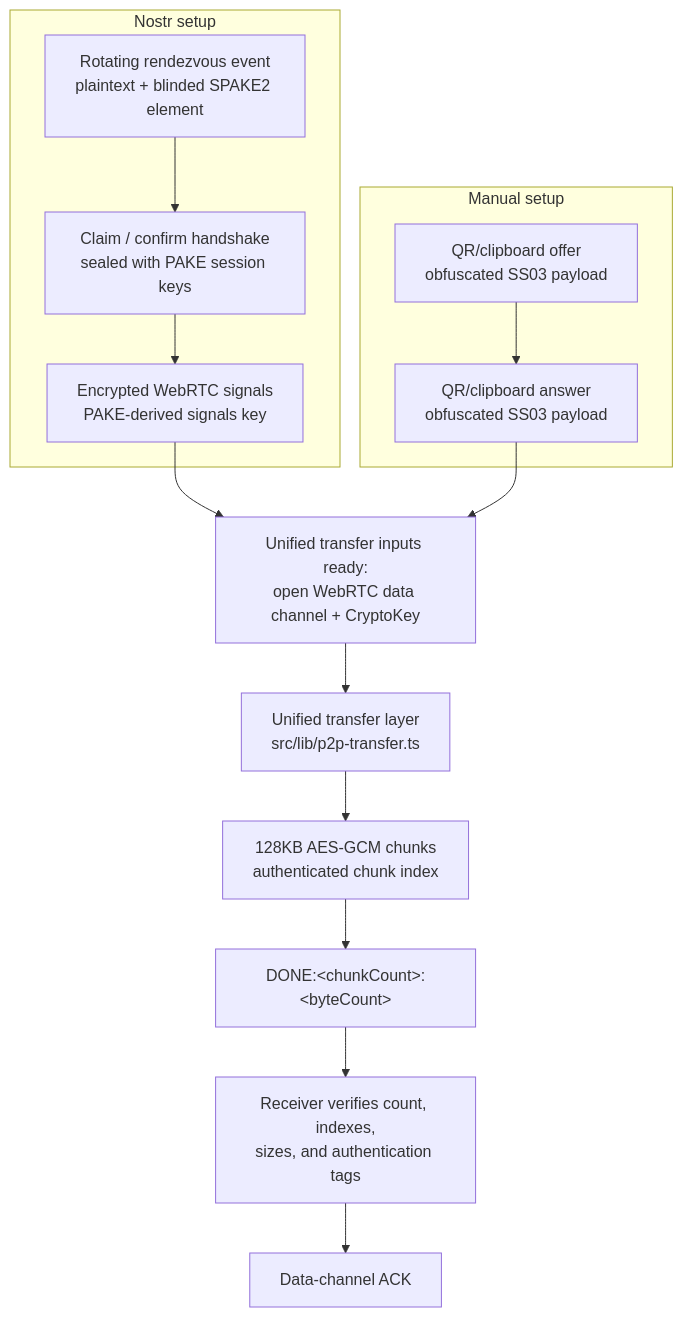
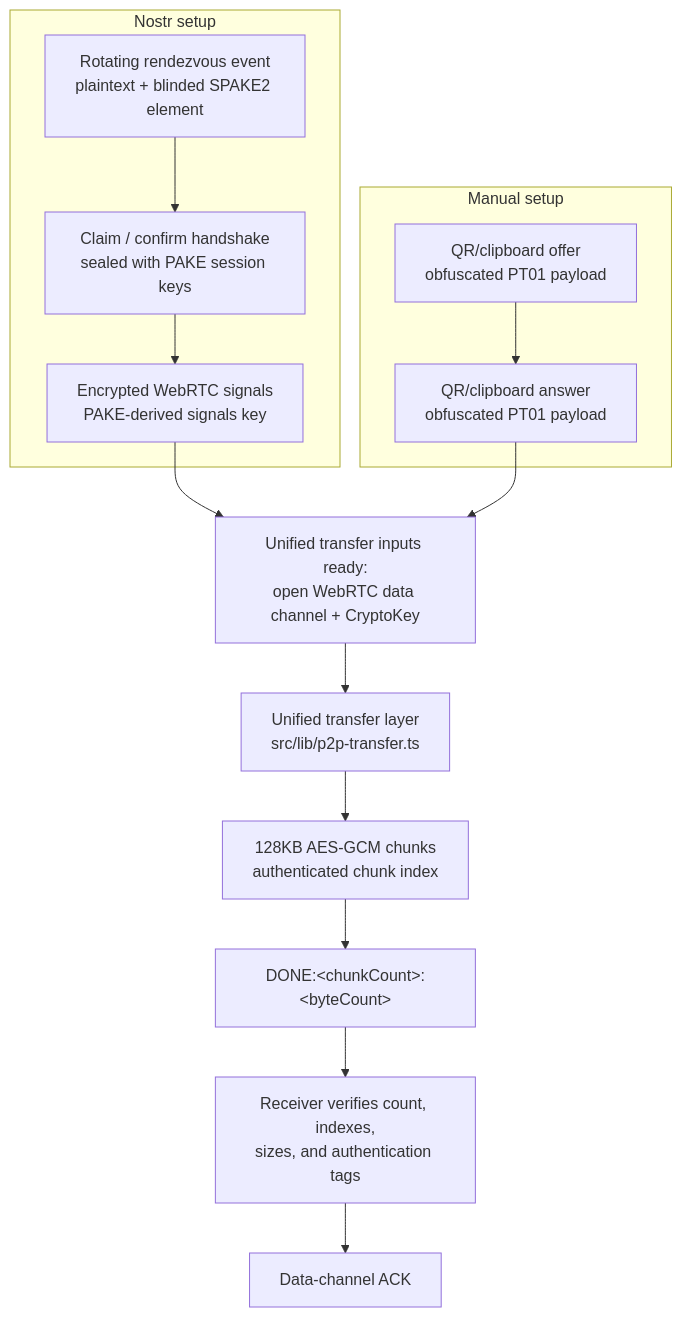
The first of 5 diagrams in docs/ARCHITECTURE.md (andrewtheguy/ptransfer), drawn with Mermaid before and after one commit. The commit also changed other lines of this file and 45 other files, not shown here.

````diff
--- a/docs/ARCHITECTURE.md
+++ b/docs/ARCHITECTURE.md
@@ -38,25 +38,25 @@
 ```mermaid
 flowchart TD
     subgraph Nostr[Nostr setup]
         N1[Rotating rendezvous event<br/>plaintext + blinded SPAKE2 element]
         N2[Claim / confirm handshake<br/>sealed with PAKE session keys]
         N3[Encrypted WebRTC signals<br/>PAKE-derived signals key]
         N1 --> N2
         N2 --> N3
     end
 
     subgraph Manual[Manual setup]
-        M1[QR/clipboard offer<br/>obfuscated SS03 payload]
-        M2[QR/clipboard answer<br/>obfuscated SS03 payload]
+        M1[QR/clipboard offer<br/>obfuscated PT01 payload]
+        M2[QR/clipboard answer<br/>obfuscated PT01 payload]
         M1 --> M2
     end
 
     N3 --> Channel[Unified transfer inputs ready:<br/>open WebRTC data channel + CryptoKey]
     M2 --> Channel
 
     Channel --> Transfer[Unified transfer layer<br/>src/lib/p2p-transfer.ts]
     Transfer --> Chunks[128KB AES-GCM chunks<br/>authenticated chunk index]
     Chunks --> Done[DONE:&lt;chunkCount&gt;:&lt;byteCount&gt;]
     Done --> Verify[Receiver verifies count, indexes,<br/>sizes, and authentication tags]
     Verify --> Ack[Data-channel ACK]
 ```
````
